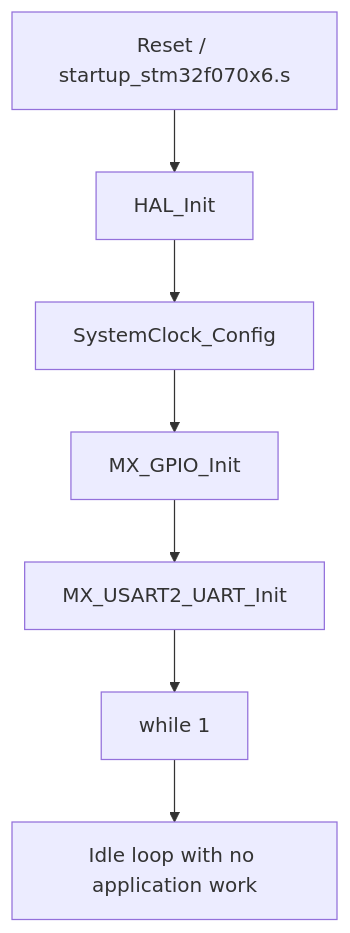
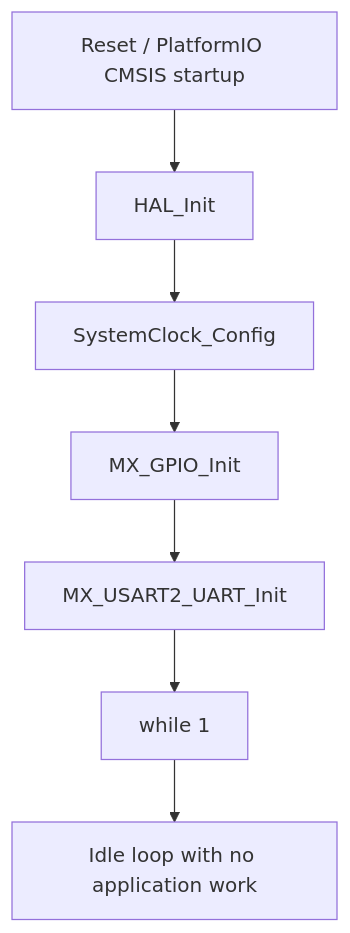
One commit to minigubben/marine_power_system changed the diagram in docs/controller-code-flow.md. Above: the diagram before and after it, drawn with Mermaid. The commit also changed other lines of this file and 2 other files, not shown here.

First line of the commit message:
Update firmware docs for PlatformIO migration

````diff
--- a/docs/controller-code-flow.md
+++ b/docs/controller-code-flow.md
@@ -25,9 +38,9 @@
 ```mermaid
 flowchart TD
-    A[Reset / startup_stm32f070x6.s] --> B[HAL_Init]
+    A[Reset / PlatformIO CMSIS startup] --> B[HAL_Init]
     B --> C[SystemClock_Config]
     C --> D[MX_GPIO_Init]
     D --> E[MX_USART2_UART_Init]
     E --> F[while 1]
     F --> G[Idle loop with no application work]
 ```
````
